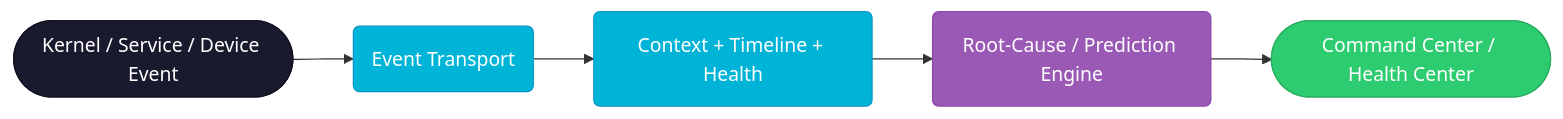
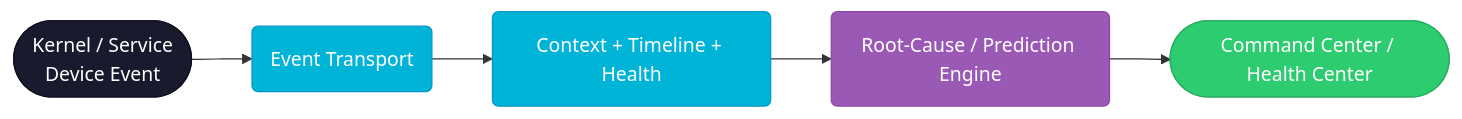
The second of 3 diagrams in AntOS-Technical-Documentation-A-Architecture.md (abalmalvez-lab/AntOS), drawn with Mermaid before and after one commit. The commit also changed other lines of this file, not shown here.

Commit message:
docs: wrap long mermaid node labels with <br/> to fit GitHub column width

````diff
--- a/AntOS-Technical-Documentation-A-Architecture.md
+++ b/AntOS-Technical-Documentation-A-Architecture.md
@@ -106,17 +106,17 @@
 ```mermaid
 %%{init: {"flowchart": {"useMaxWidth": true}}}%%
 flowchart LR
     classDef terminal fill:#1a1a2e,stroke:#0f0f1e,color:#fff
     classDef process fill:#00b4d8,stroke:#0096c7,color:#fff
     classDef engine fill:#9b59b6,stroke:#8e44ad,color:#fff
     classDef ui fill:#2ecc71,stroke:#27ae60,color:#fff
 
-    evt([Kernel / Service / Device Event]) --> transport(Event Transport)
+    evt([Kernel / Service<br/>Device Event]) --> transport(Event Transport)
     transport --> ctx(Context + Timeline + Health)
     ctx --> rca(Root-Cause / Prediction Engine)
     rca --> cc([Command Center / Health Center])
     class evt terminal
     class transport,ctx process
     class rca engine
     class cc ui
 ```
````
